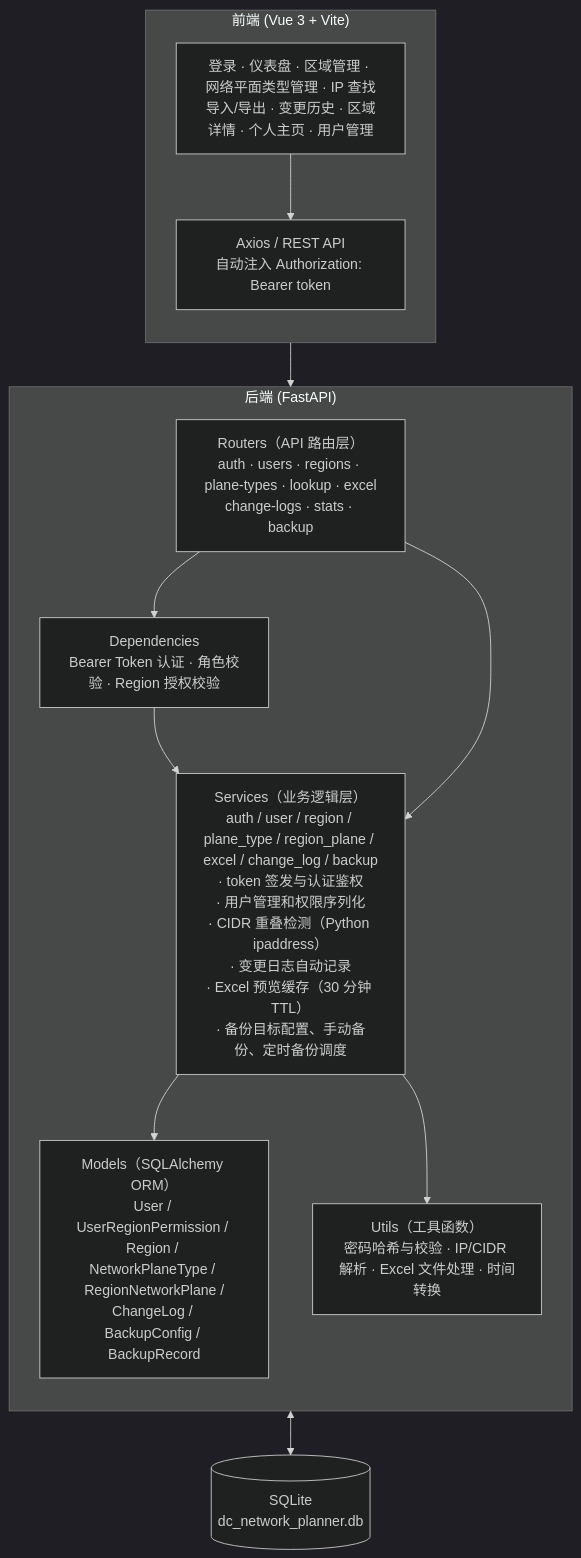
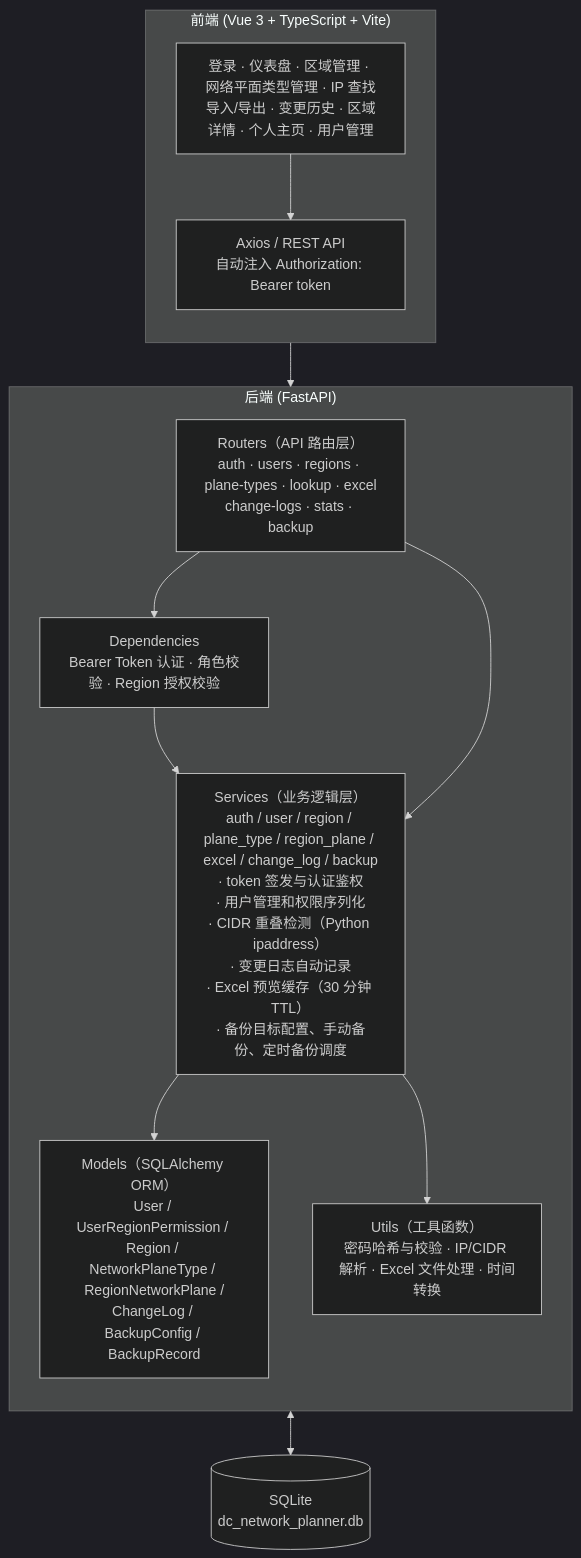
The first of 5 diagrams in SYSTEM_DESIGN.md (zhou-xingxing/dc-network-planner), drawn with Mermaid (dark theme) before and after one commit. The commit also changed other lines of this file and 57 other files, not shown here.

````diff
--- a/SYSTEM_DESIGN.md
+++ b/SYSTEM_DESIGN.md
@@ -38,27 +40,27 @@
 ```mermaid
 graph TB
-    subgraph Frontend["前端 (Vue 3 + Vite)"]
+    subgraph Frontend["前端 (Vue 3 + TypeScript + Vite)"]
         direction TB
         FE_Pages["登录 · 仪表盘 · 区域管理 · 网络平面类型管理 · IP 查找<br/>导入/导出 · 变更历史 · 区域详情 · 个人主页 · 用户管理"]
         FE_Axios["Axios / REST API<br/>自动注入 Authorization: Bearer token"]
         FE_Pages --> FE_Axios
     end
 
     subgraph Backend["后端 (FastAPI)"]
         direction TB
         Routers["Routers（API 路由层）<br/>auth · users · regions · plane-types · lookup · excel<br/>change-logs · stats · backup"]
         Deps["Dependencies<br/>Bearer Token 认证 · 角色校验 · Region 授权校验"]
         Services["Services（业务逻辑层）<br/>auth / user / region / plane_type / region_plane / excel / change_log / backup<br/>· token 签发与认证鉴权<br/>· 用户管理和权限序列化<br/>· CIDR 重叠检测（Python ipaddress）<br/>· 变更日志自动记录<br/>· Excel 预览缓存（30 分钟 TTL）<br/>· 备份目标配置、手动备份、定时备份调度"]
         Utils["Utils（工具函数）<br/>密码哈希与校验 · IP/CIDR 解析 · Excel 文件处理 · 时间转换"]
         Models["Models（SQLAlchemy ORM）<br/>User / UserRegionPermission / Region / NetworkPlaneType / RegionNetworkPlane /<br/>ChangeLog / BackupConfig / BackupRecord"]
         Routers --> Deps
         Deps --> Services
         Routers --> Services --> Models
         Services --> Utils
     end
 
     DB[("SQLite<br/>dc_network_planner.db")]
 
     FE_Axios --> Routers
     Models <--> DB
 ```
````
